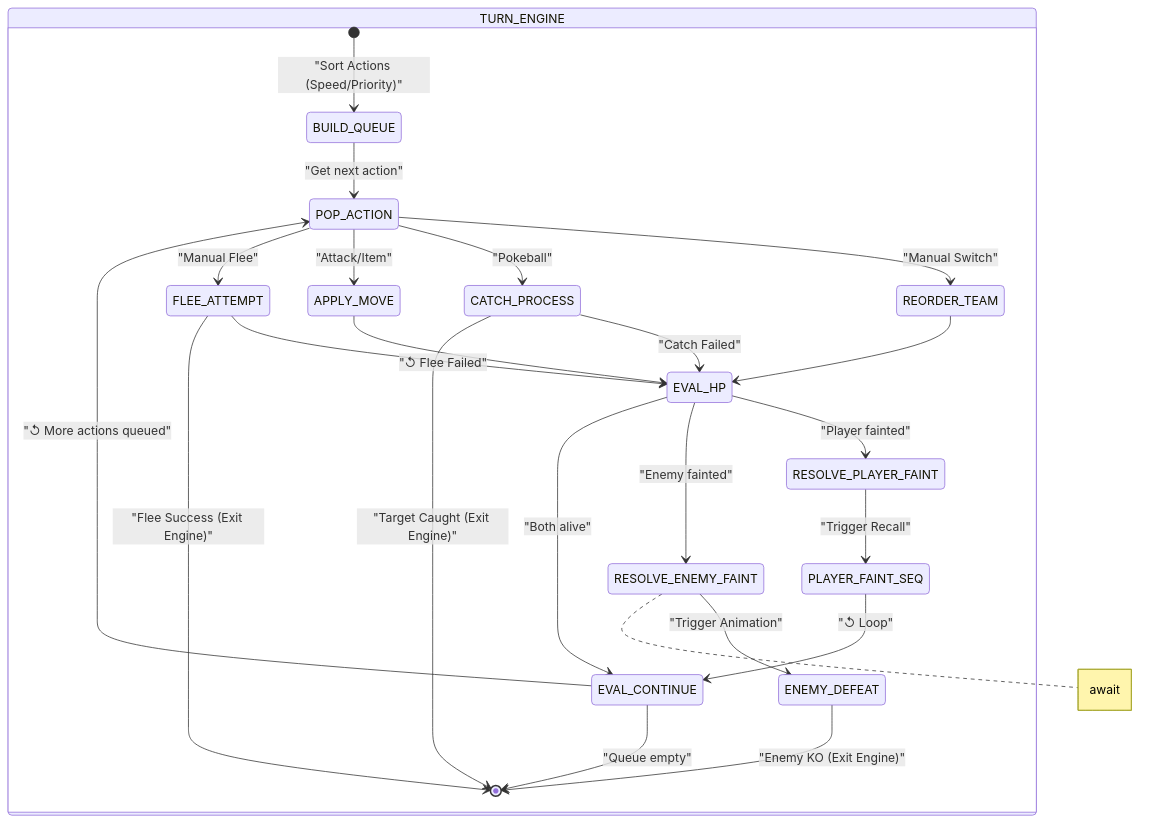
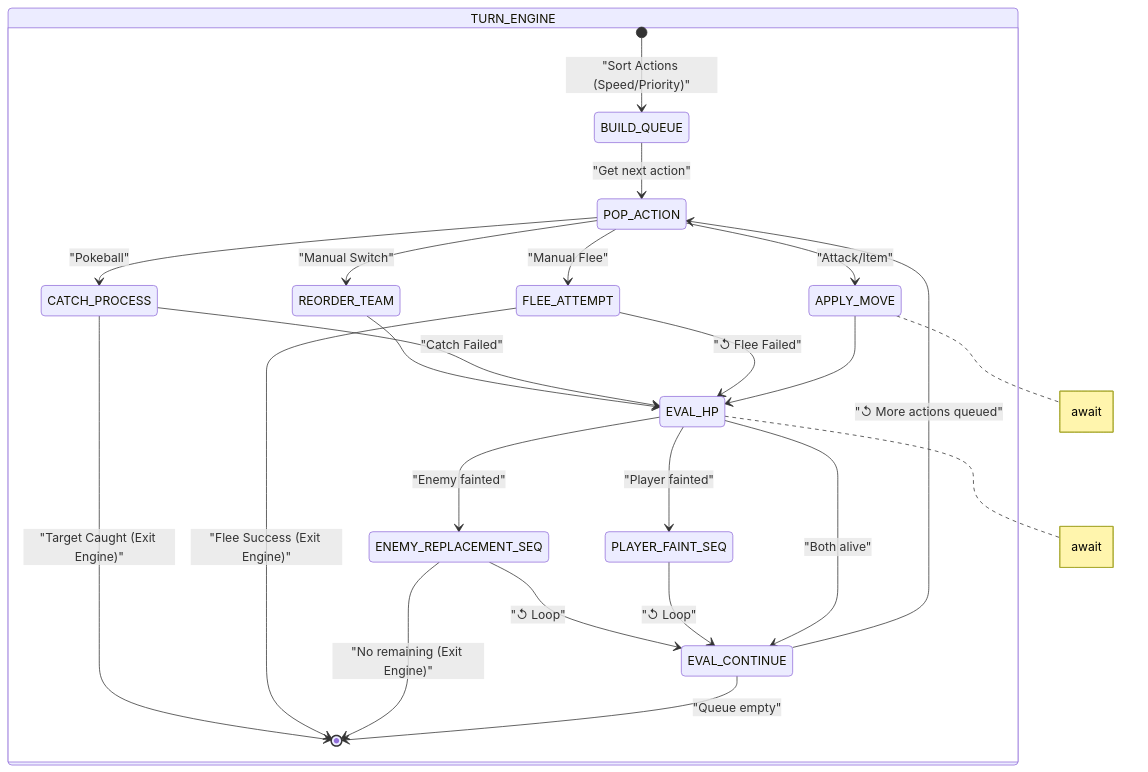
The fifth of 18 diagrams in .agents/skills/project-standards/references/battle/battle_mechanics_manual.md (Darkham77/PokeBorrador), drawn with Mermaid before and after one commit. The commit also changed other lines of this file and 3049 other files, not shown here.

First line of the commit message:
feat(battle): resolve animation cut-offs and fix enemy trainer HUD sync

````diff
--- a/.agents/skills/project-standards/references/battle/battle_mechanics_manual.md
+++ b/.agents/skills/project-standards/references/battle/battle_mechanics_manual.md
@@ -496,36 +493,37 @@
 ```mermaid
 stateDiagram-v2
     state TURN_ENGINE {
         [*] --> BUILD_QUEUE: "Sort Actions (Speed/Priority)"
         BUILD_QUEUE --> POP_ACTION: "Get next action"
-        
+
         POP_ACTION --> REORDER_TEAM: "Manual Switch"
         POP_ACTION --> CATCH_PROCESS: "Pokeball"
+        POP_ACTION --> FLEE_ATTEMPT: "Manual Flee"
         POP_ACTION --> APPLY_MOVE: "Attack/Item"
-        POP_ACTION --> FLEE_ATTEMPT: "Manual Flee"
-        
+
         REORDER_TEAM --> EVAL_HP
+        CATCH_PROCESS --> EVAL_HP: "Catch Failed"
+        FLEE_ATTEMPT --> EVAL_HP: "↺ Flee Failed"
         APPLY_MOVE --> EVAL_HP
-        CATCH_PROCESS --> EVAL_HP: "Catch Failed"
+
         CATCH_PROCESS --> [*]: "Target Caught (Exit Engine)"
-        
-        FLEE_ATTEMPT --> EVAL_HP: "↺ Flee Failed"
         FLEE_ATTEMPT --> [*]: "Flee Success (Exit Engine)"
-        
+
         state EVAL_HP <<choice>>
-        EVAL_HP --> RESOLVE_PLAYER_FAINT: "Player fainted"
-        EVAL_HP --> RESOLVE_ENEMY_FAINT: "Enemy fainted"
+        EVAL_HP --> PLAYER_FAINT_SEQ: "Player fainted"
+        EVAL_HP --> ENEMY_REPLACEMENT_SEQ: "Enemy fainted"
+
+        ENEMY_REPLACEMENT_SEQ --> EVAL_CONTINUE: "↺ Loop"
+        PLAYER_FAINT_SEQ --> EVAL_CONTINUE : "↺ Loop"
+        ENEMY_REPLACEMENT_SEQ --> [*]: "No remaining (Exit Engine)"
+
         EVAL_HP --> EVAL_CONTINUE: "Both alive"
-        
-        RESOLVE_PLAYER_FAINT --> PLAYER_FAINT_SEQ: "Trigger Recall"
-        PLAYER_FAINT_SEQ --> EVAL_CONTINUE : "↺ Loop"
-        
-        RESOLVE_ENEMY_FAINT --> ENEMY_DEFEAT: "Trigger Animation"
-        note right of RESOLVE_ENEMY_FAINT: await
-        ENEMY_DEFEAT --> [*]: "Enemy KO (Exit Engine)"
-        
+
         state EVAL_CONTINUE <<choice>>
         EVAL_CONTINUE --> POP_ACTION: "↺ More actions queued"
         EVAL_CONTINUE --> [*]: "Queue empty"
+
+        note right of APPLY_MOVE: await
+        note right of EVAL_HP: await
     }
 ```
````
